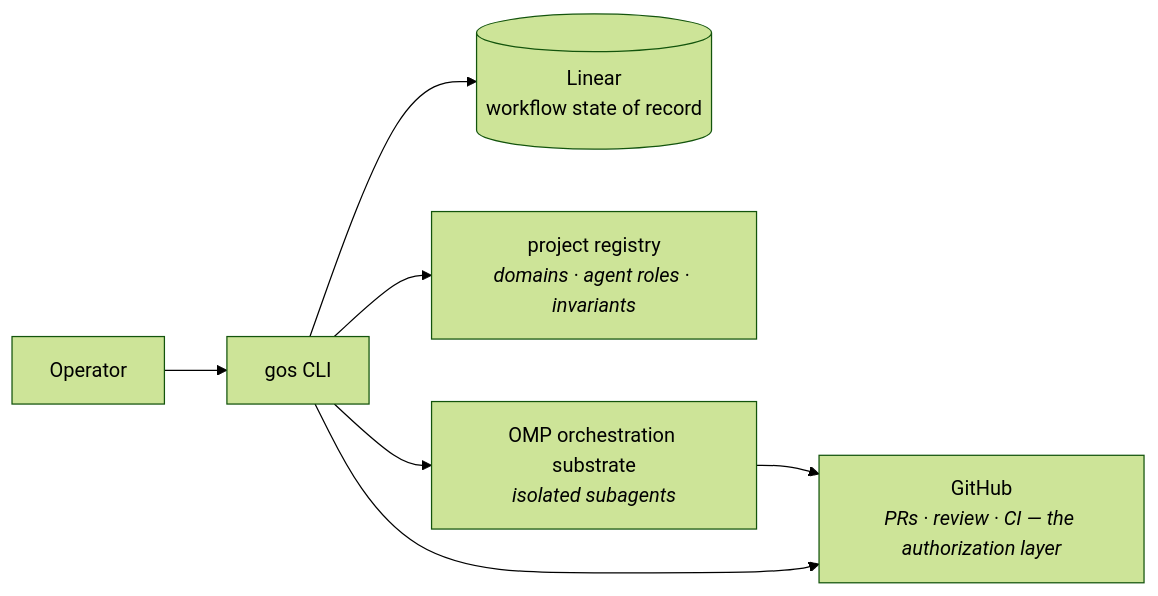
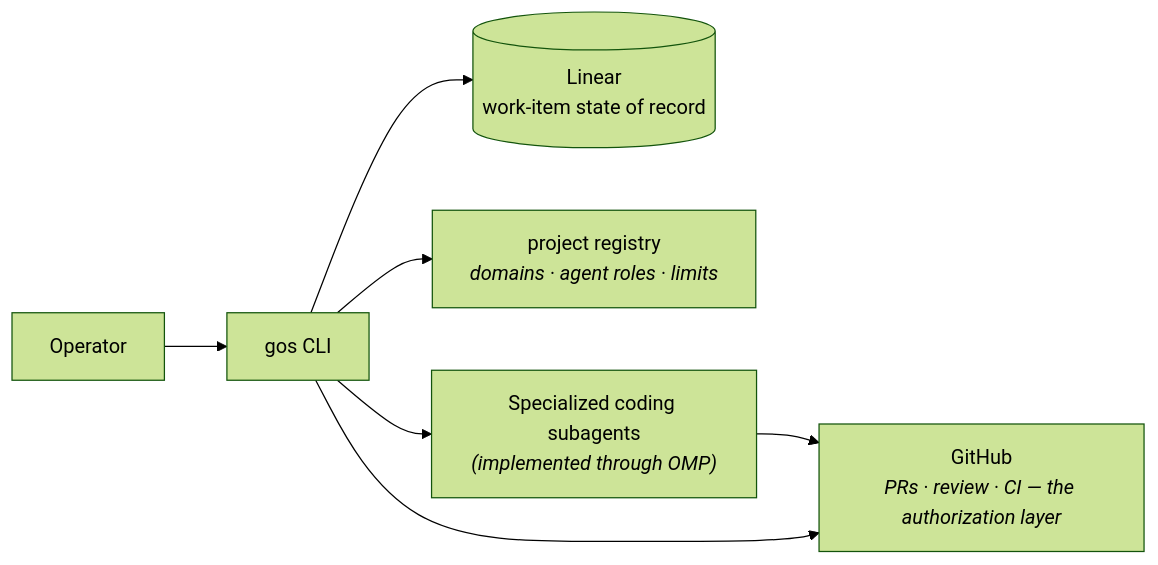
One commit to Sebastian-O-Rodriguez/guava-os changed the second of 2 diagrams in README.md. Above: the diagram before and after it, drawn with Mermaid (forest theme). The commit also changed other lines of this file, not shown here.

````diff
--- a/README.md
+++ b/README.md
@@ -48,9 +51,9 @@
 ```mermaid
 flowchart LR
     OP[Operator] --> CLI["gos CLI"]
-    CLI --> LIN[(Linear<br/>workflow state of record)]
-    CLI --> REG["project registry<br/><i>domains · agent roles · invariants</i>"]
-    CLI --> OMP["OMP orchestration substrate<br/><i>isolated subagents</i>"]
-    OMP --> GH[GitHub<br/><i>PRs · review · CI — the authorization layer</i>]
+    CLI --> LIN[(Linear<br/>work-item state of record)]
+    CLI --> REG["project registry<br/><i>domains · agent roles · limits</i>"]
+    CLI --> AGENTS["Specialized coding subagents<br/><i>(implemented through OMP)</i>"]
+    AGENTS --> GH[GitHub<br/><i>PRs · review · CI — the authorization layer</i>]
     CLI --> GH
 ```
````
